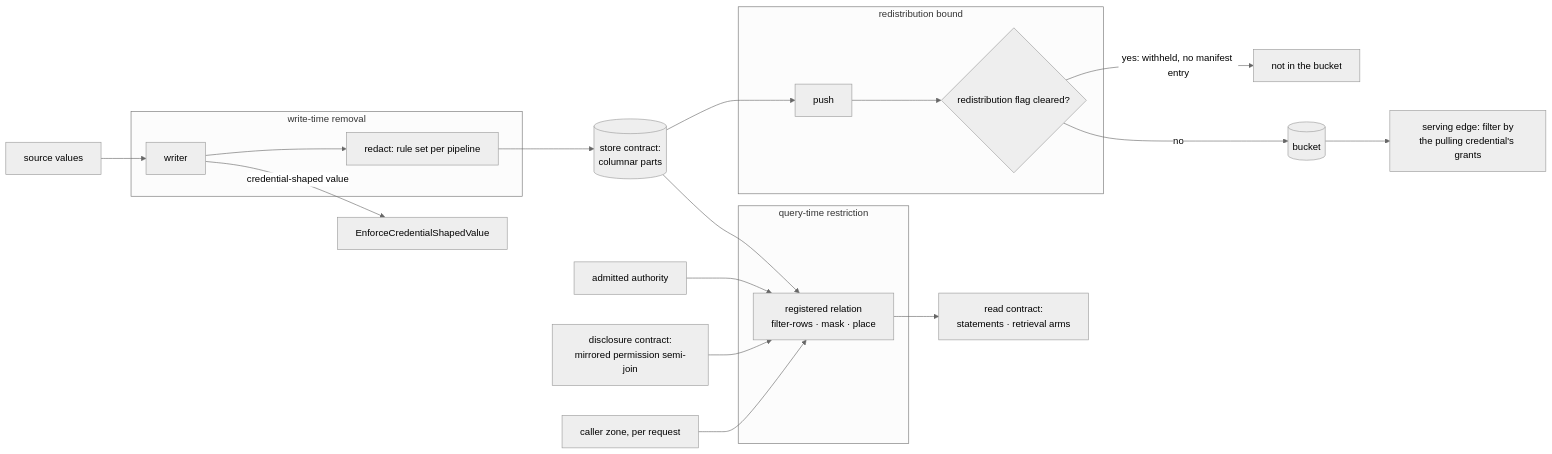
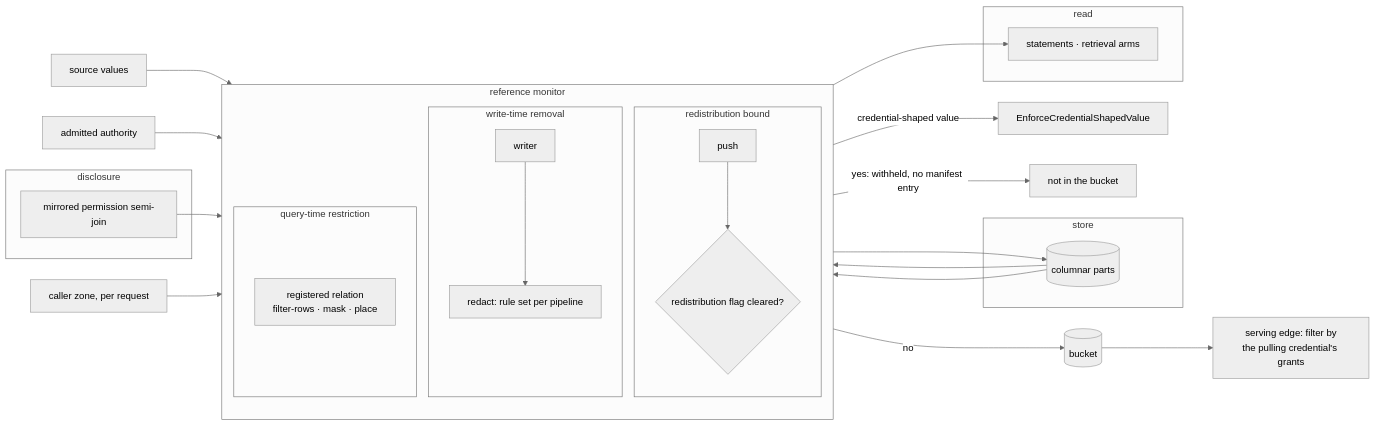
One commit to fractalboxdev/contextful changed the first of 4 diagrams in spec/51-enforcement.md. Above: the diagram before and after it, drawn with Mermaid (neutral theme). The commit also changed 33 other files, not shown here.

Commit message:
spec: diagrams draw contracts, parties and trust zones as containers; a node standing for one is refused

````diff
--- a/spec/51-enforcement.md
+++ b/spec/51-enforcement.md
@@ -23,24 +23,41 @@
 ```mermaid
 flowchart LR
-  SRC["source values"] --> W["writer"]
+  SRC["source values"]
+  AA["admitted authority"]
+  ZONE["caller zone, per request"]
+  subgraph RM["reference monitor"]
+    direction TB
+    subgraph L1["write-time removal"]
+      W["writer"] --> RED["redact: rule set per pipeline"]
+    end
+    subgraph L2["redistribution bound"]
+      PUSH["push"] --> WH{"redistribution flag cleared?"}
+    end
+    subgraph L3["query-time restriction"]
+      REL["registered relation<br/>filter-rows · mask · place"]
+    end
+  end
+  subgraph STORE["store"]
+    PARTS[("columnar parts")]
+  end
+  subgraph DISC["disclosure"]
+    SJ["mirrored permission semi-join"]
+  end
+  subgraph READ["read"]
+    RS["statements · retrieval arms"]
+  end
+  BKT[("bucket")]
+  EDGE["serving edge: filter by<br/>the pulling credential's grants"]
+  SRC --> W
   W -- "credential-shaped value" --> RES["EnforceCredentialShapedValue"]
-  subgraph L1["write-time removal"]
-    W --> RED["redact: rule set per pipeline"]
-  end
-  RED --> PARTS[("store contract:<br/>columnar parts")]
-  subgraph L2["redistribution bound"]
-    PUSH["push"] --> WH{"redistribution flag cleared?"}
-  end
+  RED --> PARTS
   PARTS --> PUSH
   WH -- "yes: withheld, no manifest entry" --> OUT["not in the bucket"]
-  WH -- no --> BKT[("bucket")]
-  BKT --> EDGE["serving edge: filter by<br/>the pulling credential's grants"]
-  subgraph L3["query-time restriction"]
-    REL["registered relation<br/>filter-rows · mask · place"]
-  end
+  WH -- no --> BKT
+  BKT --> EDGE
   PARTS --> REL
-  AA["admitted authority"] --> REL
-  VIS["disclosure contract:<br/>mirrored permission semi-join"] --> REL
-  ZONE["caller zone, per request"] --> REL
-  REL --> READ["read contract:<br/>statements · retrieval arms"]
+  AA --> REL
+  SJ --> REL
+  ZONE --> REL
+  REL --> RS
 ```
````
